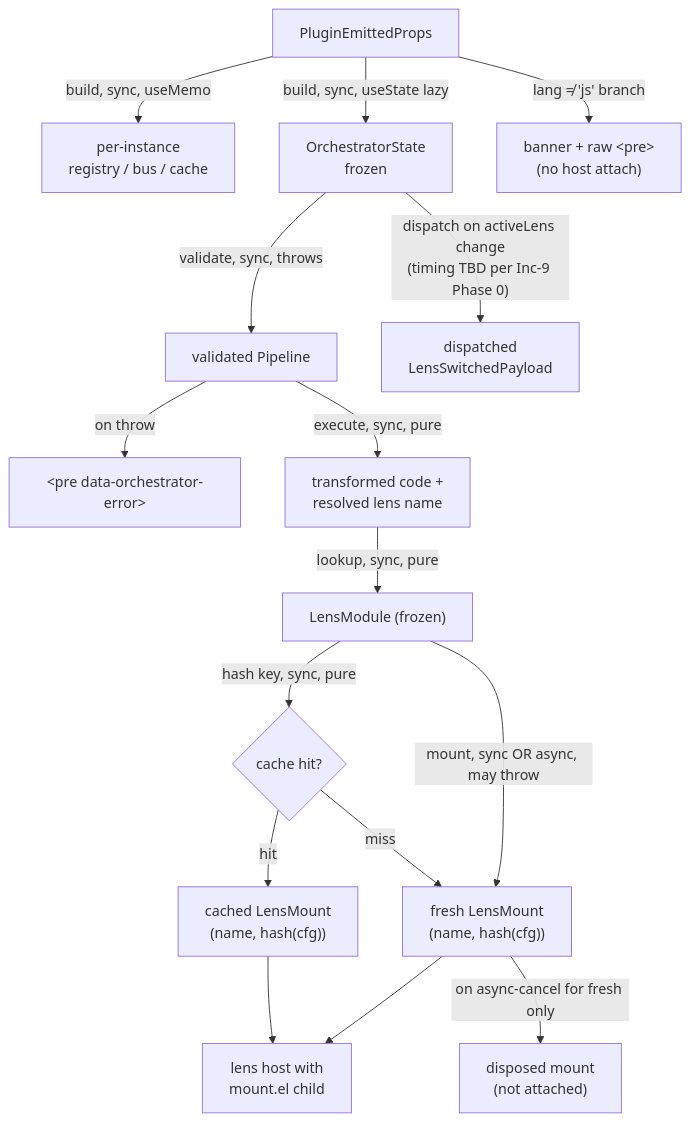
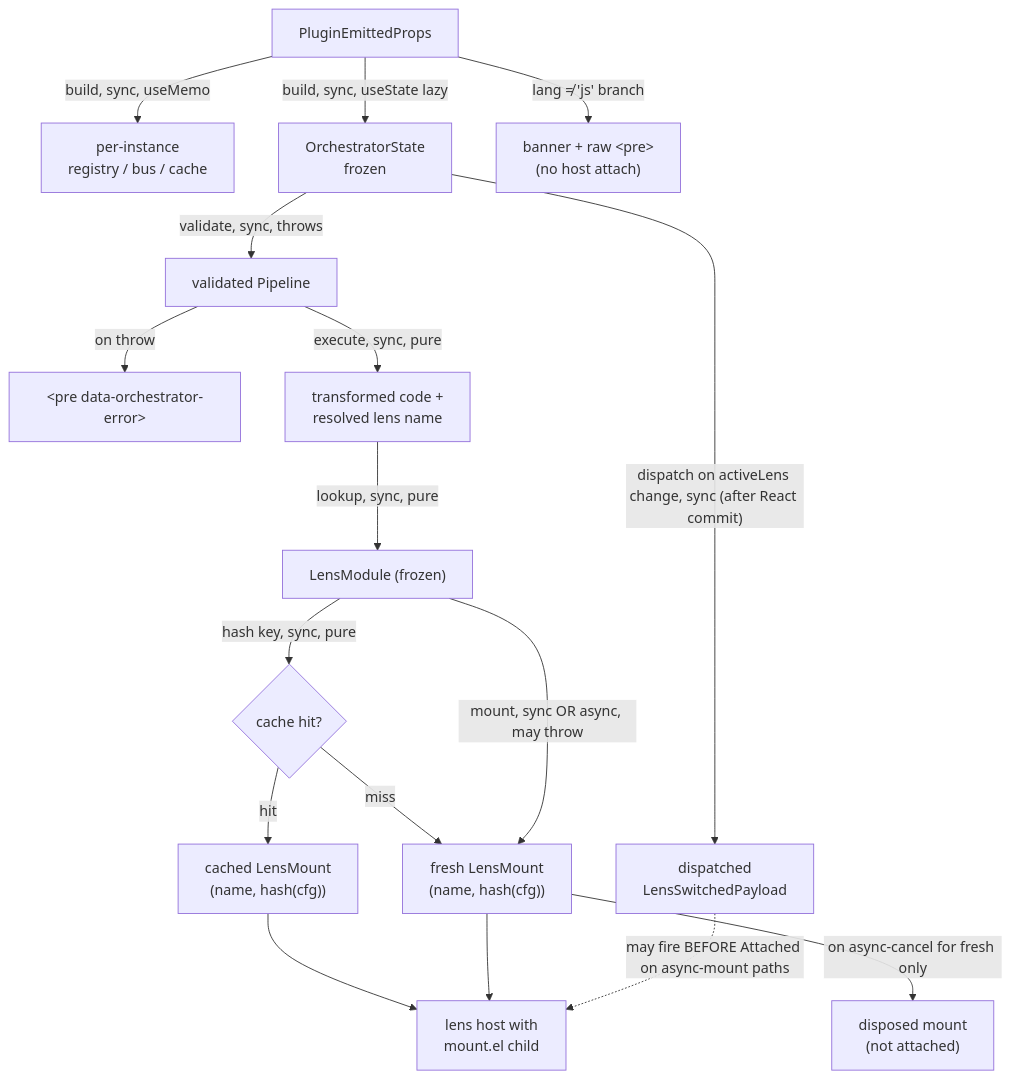
The first of 2 diagrams in src/lib/welcome-to-programming/just-enough/javascript/study-lenses/orchestrator/DOCS.md (codeschoolinabox/curricula), drawn with Mermaid before and after one commit. The commit also changed other lines of this file and 1 other file, not shown here.

First line of the commit message:
docs: establish Increment-9 toolbar domain model and switch flow sketch

````diff
--- a/src/lib/welcome-to-programming/just-enough/javascript/study-lenses/orchestrator/DOCS.md
+++ b/src/lib/welcome-to-programming/just-enough/javascript/study-lenses/orchestrator/DOCS.md
@@ -98,18 +120,19 @@
 ```mermaid
 flowchart TD
     Props["PluginEmittedProps"] -->|"build, sync, useMemo"| Substrate["per-instance<br/>registry / bus / cache"]
     Props -->|"build, sync, useState lazy"| State["OrchestratorState<br/>frozen"]
     Props -->|"lang ≠ 'js' branch"| Banner["banner + raw &lt;pre&gt;<br/>(no host attach)"]
     State -->|"validate, sync, throws"| Validated["validated Pipeline"]
     Validated -->|"on throw"| ErrorPane["&lt;pre data-orchestrator-error&gt;"]
     Validated -->|"execute, sync, pure"| Resolved["transformed code +<br/>resolved lens name"]
     Resolved -->|"lookup, sync, pure"| Module["LensModule (frozen)"]
     Module -->|"hash key, sync, pure"| HitCheck{"cache hit?"}
     HitCheck -->|hit| CachedMount["cached LensMount<br/>(name, hash(cfg))"]
     HitCheck -->|miss| FreshMount["fresh LensMount<br/>(name, hash(cfg))"]
     Module -->|"mount, sync OR async, may throw"| FreshMount
     FreshMount -->|"on async-cancel for fresh only"| Disposed["disposed mount<br/>(not attached)"]
     CachedMount --> Attached["lens host with<br/>mount.el child"]
     FreshMount --> Attached
-    State -->|"dispatch on activeLens change<br/>(timing TBD per Inc-9 Phase 0)"| Event["dispatched<br/>LensSwitchedPayload"]
+    State -->|"dispatch on activeLens change, sync (after React commit)"| Event["dispatched<br/>LensSwitchedPayload"]
+    Event -.may fire BEFORE Attached on async-mount paths.-> Attached
 ```
````
